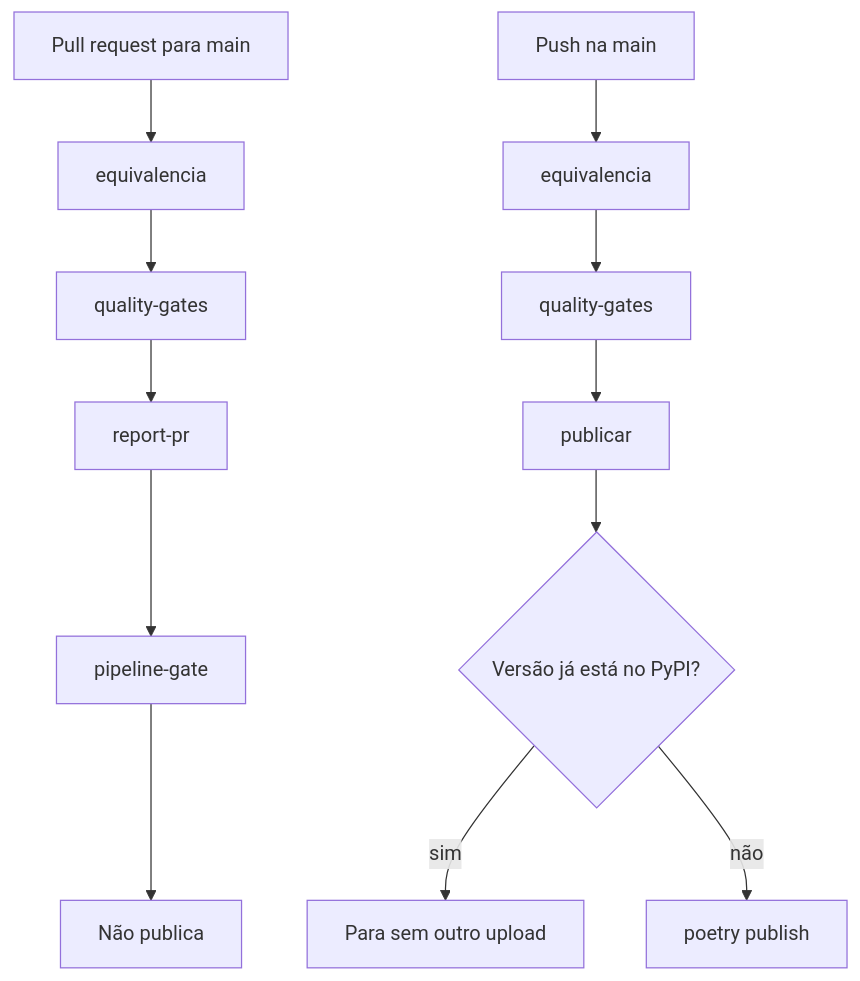
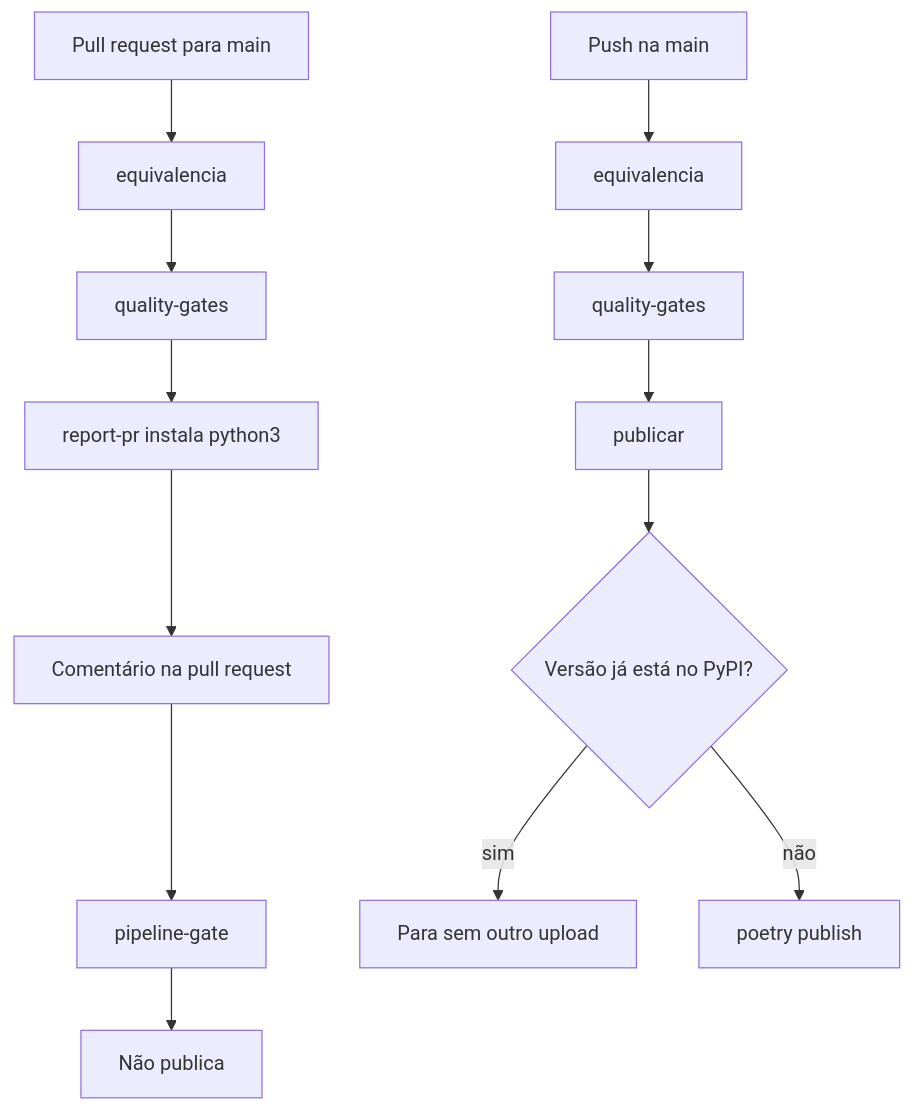
One commit to garusocruz/calculadora-rtc-simples-nacional changed the first of 3 diagrams in docs/publicacao-flow.md. Above: the diagram before and after it, drawn with Mermaid. The commit also changed other lines of this file and 2 other files, not shown here.

Commit message:
fix: instala o Python no comentário da pull request

````diff
--- a/docs/publicacao-flow.md
+++ b/docs/publicacao-flow.md
@@ -7,14 +7,15 @@
 ```mermaid
 flowchart TD
   pr[Pull request para main] --> equiv[equivalencia]
   equiv --> qg[quality-gates]
-  qg --> comentario[report-pr]
+  qg --> py[report-pr instala python3]
+  py --> comentario[Comentário na pull request]
   comentario --> gate[pipeline-gate]
   gate --> fimPr[Não publica]
   main[Push na main] --> equivMain[equivalencia]
   equivMain --> qgMain[quality-gates]
   qgMain --> publicar[publicar]
   publicar --> jaTem{Versão já está no PyPI?}
   jaTem -->|sim| para[Para sem outro upload]
   jaTem -->|não| pypi[poetry publish]
 ```
````
